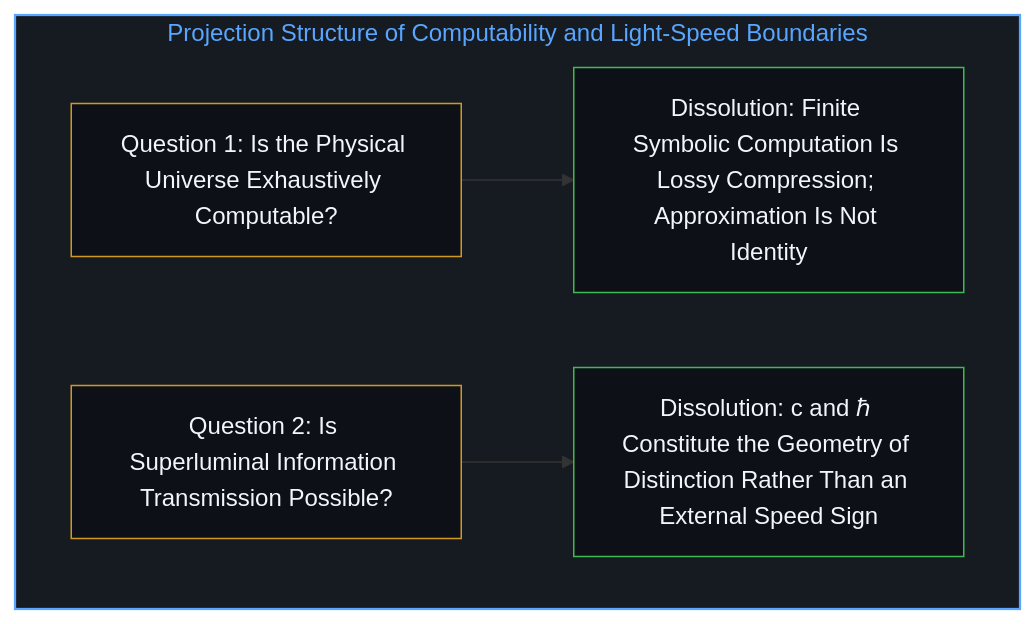
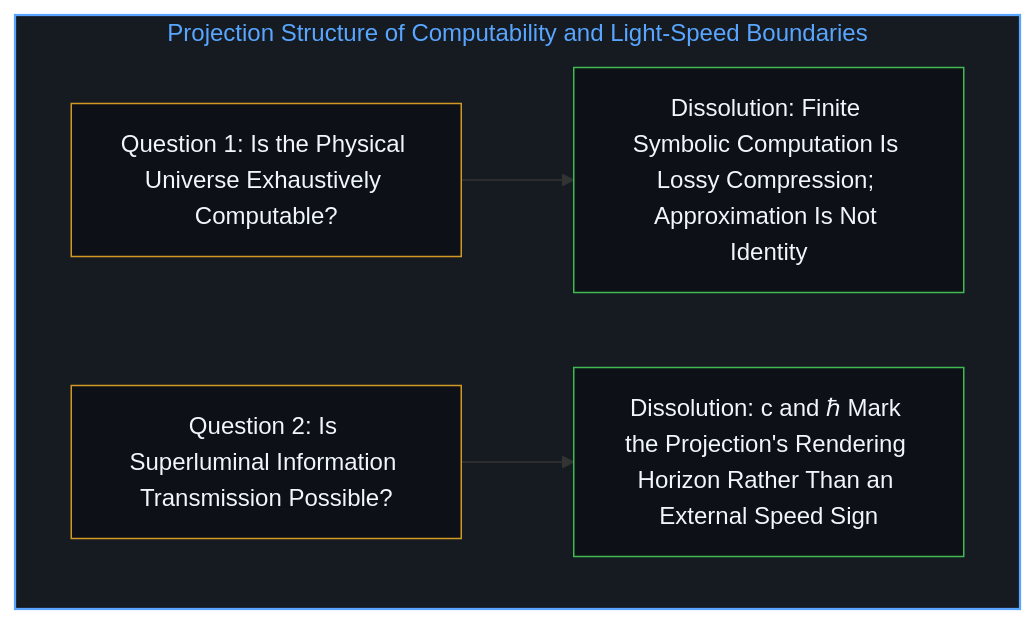
Before and after one commit to powerpig99/not-a-toe: the second of 4 diagrams in content/posts/four-night-questions.md, drawn with Mermaid. The commit also changed other lines of this file and 4 other files, not shown here.

````diff
--- a/content/posts/four-night-questions.md
+++ b/content/posts/four-night-questions.md
@@ -32,12 +32,12 @@
 ```mermaid
 graph TD
     subgraph S_Q12["Projection Structure of Computability and Light-Speed Boundaries"]
         Q1["Question 1: Is the Physical Universe Exhaustively Computable?"] --> D1["Dissolution: Finite Symbolic Computation Is Lossy Compression; Approximation Is Not Identity"]
-        Q2["Question 2: Is Superluminal Information Transmission Possible?"] --> D2["Dissolution: c and ℏ Constitute the Geometry of Distinction Rather Than an External Speed Sign"]
+        Q2["Question 2: Is Superluminal Information Transmission Possible?"] --> D2["Dissolution: c and ℏ Mark the Projection's Rendering Horizon Rather Than an External Speed Sign"]
     end
     style S_Q12 fill:#161b22,stroke:#58a6ff,stroke-width:1.5px,color:#58a6ff
     style Q1 fill:#0d1117,stroke:#d29922,stroke-width:1px,color:#f0f6fc
     style D1 fill:#0d1117,stroke:#3fb950,stroke-width:1px,color:#f0f6fc
     style Q2 fill:#0d1117,stroke:#d29922,stroke-width:1px,color:#f0f6fc
     style D2 fill:#0d1117,stroke:#3fb950,stroke-width:1px,color:#f0f6fc
 ```
````
